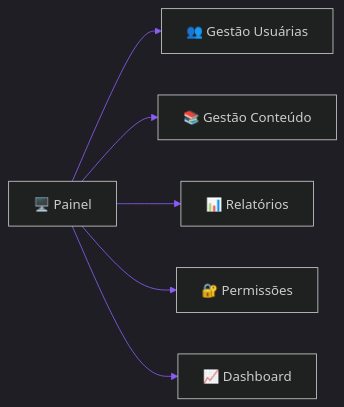
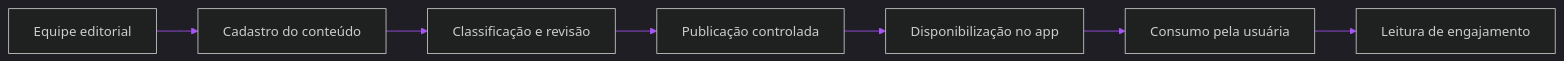
Before and after one commit to matheusdiamantino-betalent/questions-ai: the sixth of 8 diagrams in test.md, drawn with Mermaid. The commit also changed other lines of this file, not shown here.

````diff
--- a/test.md
+++ b/test.md
@@ -414,17 +598,18 @@
 ```mermaid
 %%{init: {
 'theme':'dark',
 'themeVariables':{
-'background':'#020617',
-'primaryColor':'#00E5FF',
+'background':'#050816',
+'primaryColor':'#06EFFF',
 'primaryTextColor':'#F8FAFC',
-'primaryBorderColor':'#39FF14',
-'lineColor':'#8B5CF6'
+'primaryBorderColor':'#22C55E',
+'lineColor':'#A855F7'
 }}}%%
 flowchart LR
-A[🖥️ Painel] --> B[👥 Gestão Usuárias]
-A --> C[📚 Gestão Conteúdo]
-A --> D[📊 Relatórios]
-A --> E[🔐 Permissões]
-A --> F[📈 Dashboard]
+A[Equipe editorial] --> B[Cadastro do conteúdo]
+B --> C[Classificação e revisão]
+C --> D[Publicação controlada]
+D --> E[Disponibilização no app]
+E --> F[Consumo pela usuária]
+F --> G[Leitura de engajamento]
 ```
````
